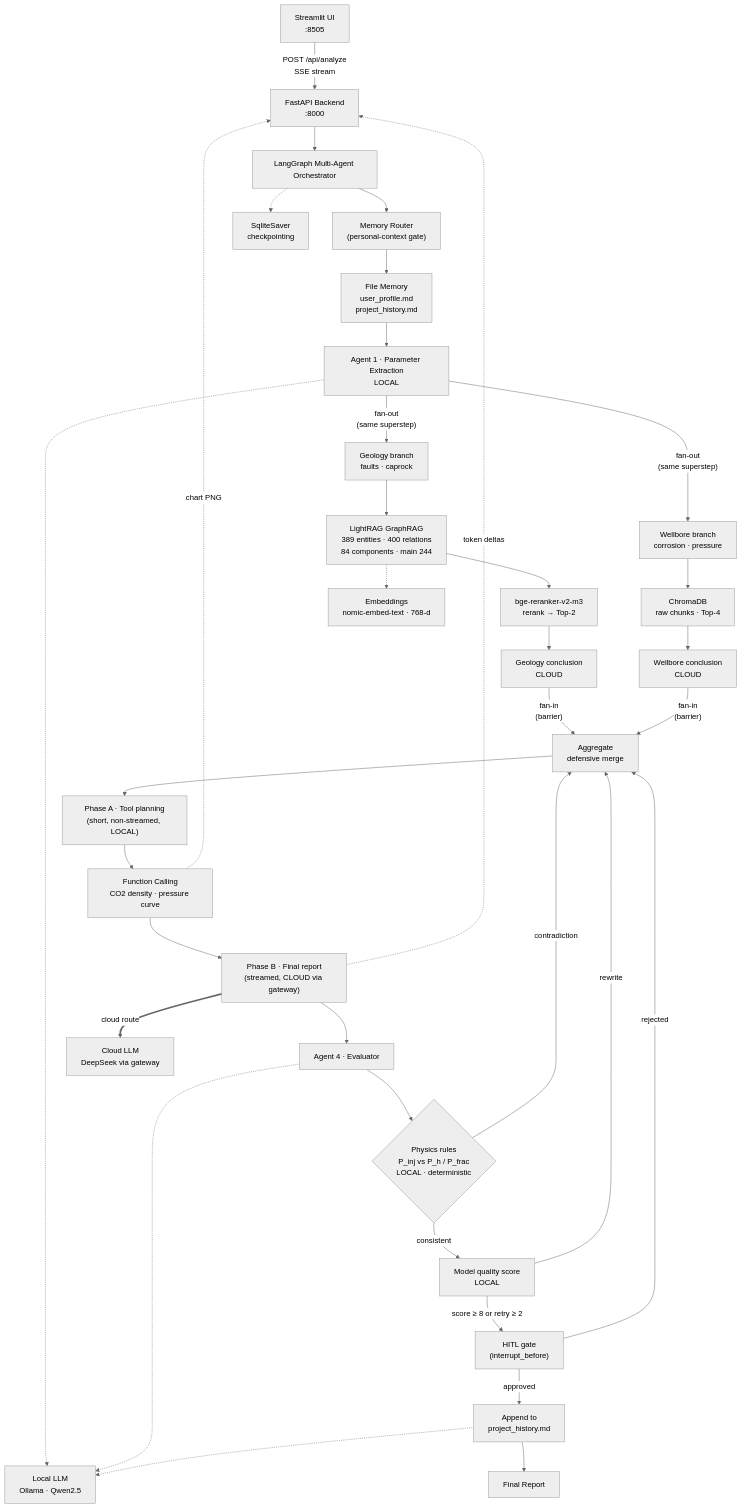
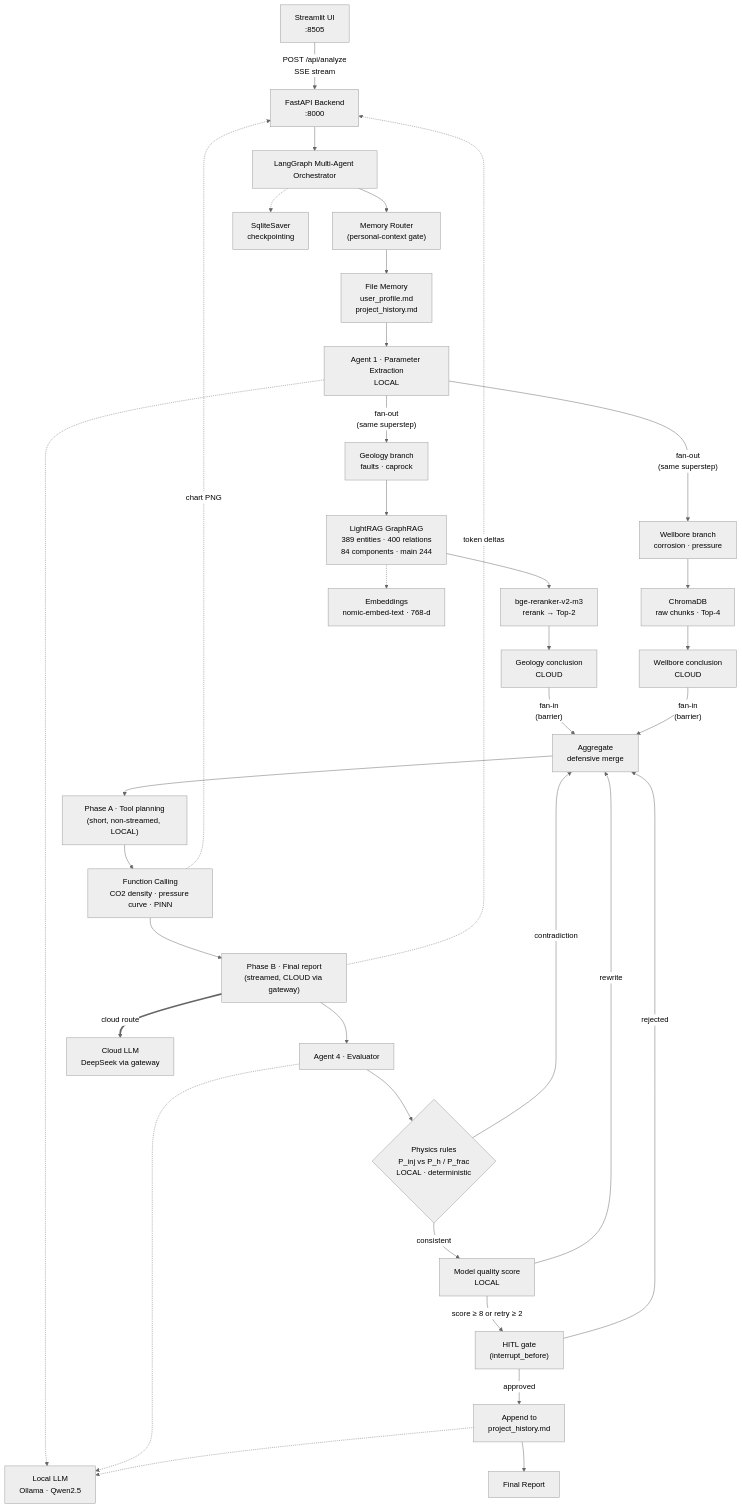
The diagram in README.md (qinruizhang001-hash/petro-rag-agent), drawn with Mermaid (neutral theme) before and after one commit. The commit also changed other lines of this file and 13 other files, not shown here.

````diff
--- a/README.md
+++ b/README.md
@@ -134,47 +134,47 @@
 ```mermaid
 flowchart TD
     UI["Streamlit UI<br/>:8505"] -->|"POST /api/analyze<br/>SSE stream"| API["FastAPI Backend<br/>:8000"]
     API --> LG["LangGraph Multi-Agent Orchestrator"]
 
     LG --> MR["Memory Router<br/>(personal-context gate)"]
 
     MR --> FM["File Memory<br/>user_profile.md<br/>project_history.md"]
 
     FM --> EX["Agent 1 · Parameter Extraction<br/>LOCAL"]
 
     EX -->|"fan-out<br/>(same superstep)"| GEO["Geology branch<br/>faults · caprock"]
     EX -->|"fan-out<br/>(same superstep)"| WB["Wellbore branch<br/>corrosion · pressure"]
 
     GEO --> LR["LightRAG GraphRAG<br/>389 entities · 400 relations<br/>84 components · main 244"]
     LR --> RR["bge-reranker-v2-m3<br/>rerank → Top-2"]
     RR --> GS["Geology conclusion<br/>CLOUD"]
 
     WB --> CH["ChromaDB<br/>raw chunks · Top-4"]
     CH --> WS["Wellbore conclusion<br/>CLOUD"]
 
     GS -->|"fan-in<br/>(barrier)"| AG["Aggregate<br/>defensive merge"]
     WS -->|"fan-in<br/>(barrier)"| AG
 
     AG --> PLAN["Phase A · Tool planning<br/>(short, non-streamed, LOCAL)"]
-    PLAN --> FC["Function Calling<br/>CO2 density · pressure curve"]
+    PLAN --> FC["Function Calling<br/>CO2 density · pressure curve · PINN"]
     FC --> RP2["Phase B · Final report<br/>(streamed, CLOUD via gateway)"]
     RP2 --> EV["Agent 4 · Evaluator"]
     EV --> PH{"Physics rules<br/>P_inj vs P_h / P_frac<br/>LOCAL · deterministic"}
     PH -->|"contradiction"| AG
     PH -->|"consistent"| SC["Model quality score<br/>LOCAL"]
     SC -->|"score ≥ 8 or retry ≥ 2"| HG["HITL gate<br/>(interrupt_before)"]
     SC -->|"rewrite"| AG
     HG -->|"approved"| HM["Append to<br/>project_history.md"]
     HG -->|"rejected"| AG
     HM --> OUT["Final Report"]
 
     EX -.-> LOCAL["Local LLM<br/>Ollama · Qwen2.5"]
     EV -.-> LOCAL
     RP2 ==>|"cloud route"| CLOUD["Cloud LLM<br/>DeepSeek via gateway"]
     HM -.-> LOCAL
     LR -.-> EMB["Embeddings<br/>nomic-embed-text · 768-d"]
     LG -.-> CKPT["SqliteSaver<br/>checkpointing"]
 
     RP2 -.->|"token deltas"| API
     FC -.->|"chart PNG"| API
 ```
````
